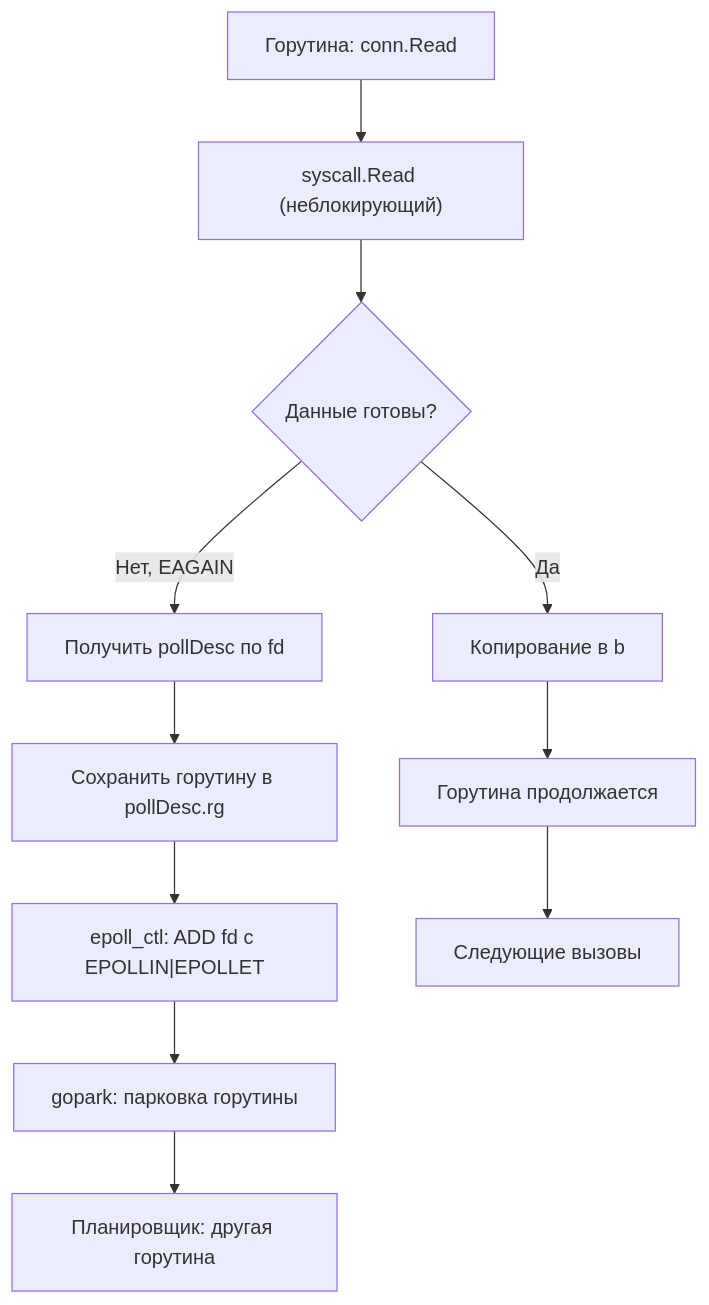
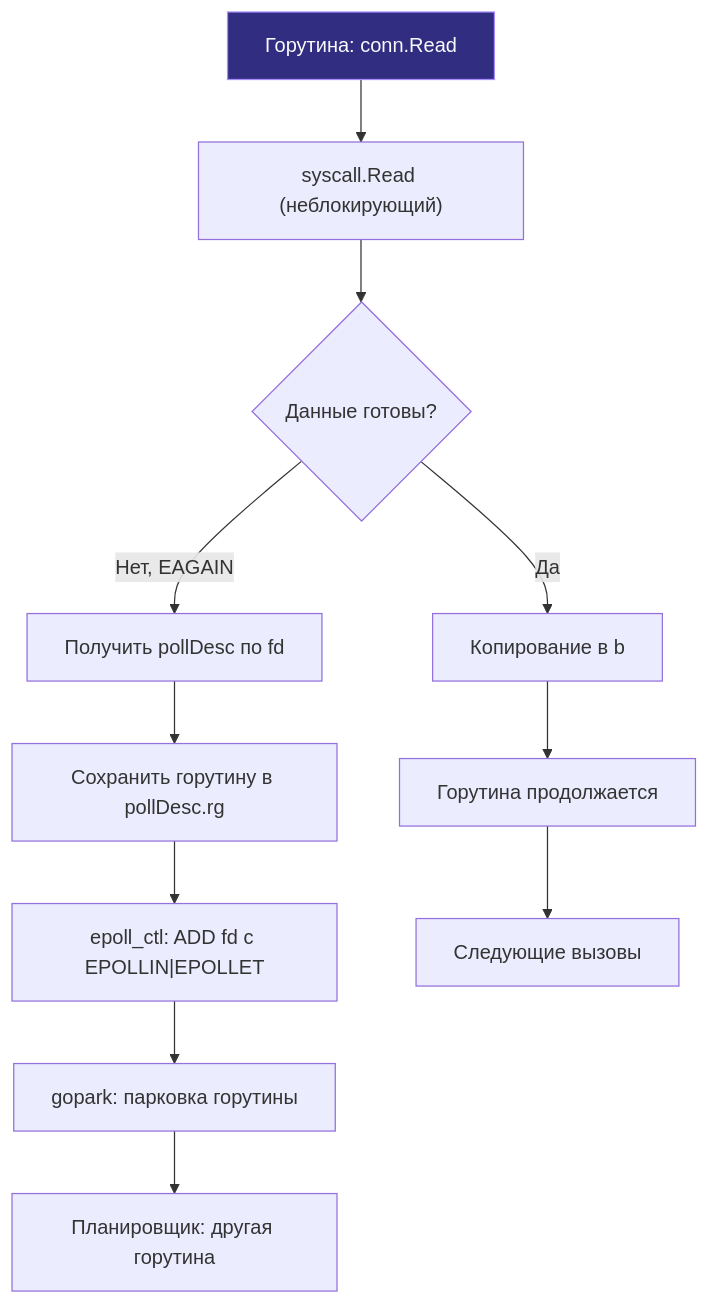
Before and after one commit to UnrealTemplier/go-textbook: the first of 2 diagrams in sources/16. Профилирование, отладка и производительность/07. IO и системный уровень/4. epoll, kqueue и netpoller.md, drawn with Mermaid. The commit also changed 1666 other files, not shown here.

First line of the commit message:
feat(mermaid): add semantic color classDef to 1369 colorless flowchart/graph diagrams

````diff
--- a/sources/16. Профилирование, отладка и производительность/07. IO и системный уровень/4. epoll, kqueue и netpoller.md
+++ b/sources/16. Профилирование, отладка и производительность/07. IO и системный уровень/4. epoll, kqueue и netpoller.md
@@ -118,14 +118,24 @@
 ```mermaid
 flowchart TD
-    Start["Горутина: conn.Read"] --> ReadSys["syscall.Read (неблокирующий)"]
+    classDef process  fill:#1e293b,stroke:#38bdf8,stroke-width:1px,color:#f8fafc
+    classDef success  fill:#064e3b,stroke:#34d399,stroke-width:1px,color:#f8fafc
+    classDef error    fill:#7f1d1d,stroke:#f87171,stroke-width:1px,color:#f8fafc
+    classDef warning  fill:#78350f,stroke:#fbbf24,stroke-width:1px,color:#f8fafc
+    classDef entry    fill:#1e3a5f,stroke:#38bdf8,stroke-width:2px,color:#f8fafc
+    classDef aux      fill:#334155,stroke:#64748b,stroke-width:1px,color:#f8fafc
+    classDef system   fill:#312e81,stroke:#a78bfa,stroke-width:1px,color:#f8fafc
+    classDef data     fill:#132d29,stroke:#2dd4bf,stroke-width:1px,color:#f8fafc
+    classDef network  fill:#881337,stroke:#fb7185,stroke-width:1px,color:#f8fafc
+    classDef accent   fill:#1e1b4b,stroke:#818cf8,stroke-width:1px,color:#f8fafc
+    Start["Горутина: conn.Read"]:::system --> ReadSys["syscall.Read (неблокирующий)"]
     ReadSys --> DataReady{"Данные готовы?"}
     DataReady -- "Да" --> CopyData["Копирование в b"]
     DataReady -- "Нет, EAGAIN" --> GetPD["Получить pollDesc по fd"]
     GetPD --> WaitReg["Сохранить горутину в pollDesc.rg"]
     WaitReg --> EpollCtl["epoll_ctl: ADD fd с EPOLLIN|EPOLLET"]
     EpollCtl --> Gopark["gopark: парковка горутины"]
     Gopark --> Sched["Планировщик: другая горутина"]
     
     CopyData --> Return["Горутина продолжается"]
     Return --> Start2["Следующие вызовы"]
 ```
````
